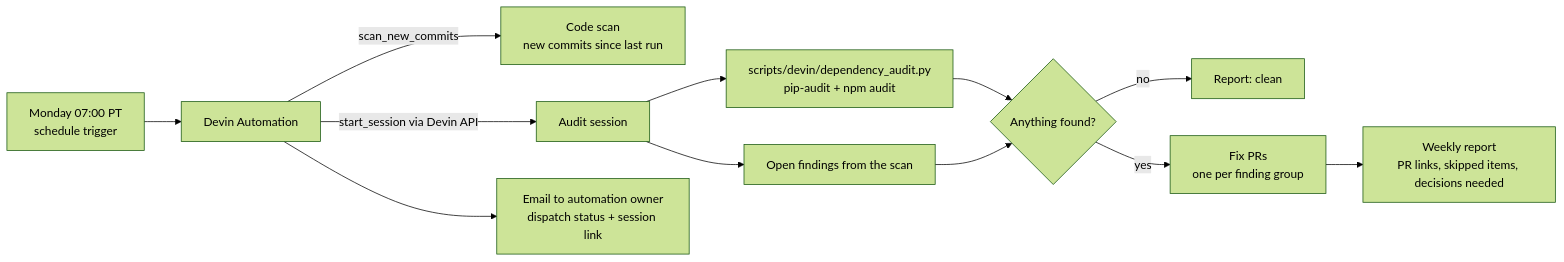
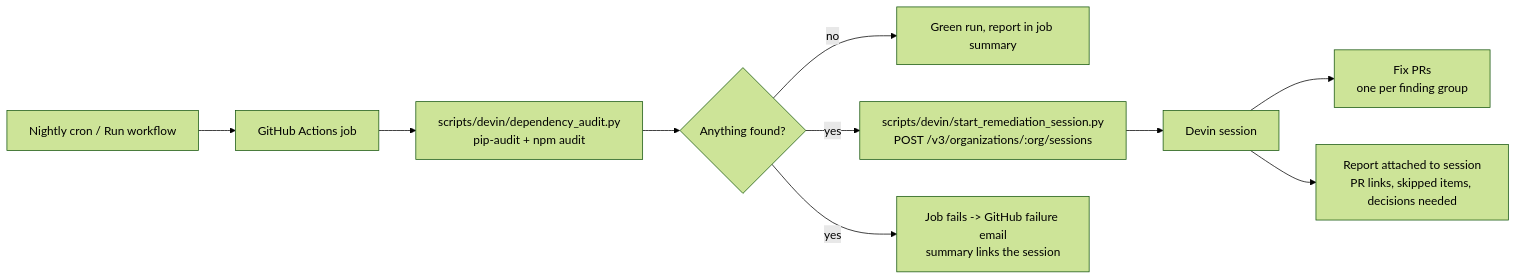
One commit to gracefujinaga/superset changed the diagram in docs/developer_docs/contributing/devin-automation.md. Above: the diagram before and after it, drawn with Mermaid (forest theme). The commit also changed other lines of this file and 4 other files, not shown here.

Commit message:
ci(devin): nightly dependency audit workflow that starts Devin sessions via the v3 API

````diff
--- a/docs/developer_docs/contributing/devin-automation.md
+++ b/docs/developer_docs/contributing/devin-automation.md
@@ -85,13 +85,12 @@
 ```mermaid
 flowchart LR
-    S[Monday 07:00 PT<br/>schedule trigger] --> A[Devin Automation]
-    A -->|scan_new_commits| C[Code scan<br/>new commits since last run]
-    A -->|start_session via Devin API| D[Audit session]
-    D --> E[scripts/devin/dependency_audit.py<br/>pip-audit + npm audit]
-    D --> F[Open findings from the scan]
-    E & F --> G{Anything found?}
-    G -->|no| H[Report: clean]
-    G -->|yes| I[Fix PRs<br/>one per finding group]
-    I --> J[Weekly report<br/>PR links, skipped items, decisions needed]
-    A --> K[Email to automation owner<br/>dispatch status + session link]
+    S[Nightly cron / Run workflow] --> W[GitHub Actions job]
+    W --> E[scripts/devin/dependency_audit.py<br/>pip-audit + npm audit]
+    E --> G{Anything found?}
+    G -->|no| H[Green run, report in job summary]
+    G -->|yes| P[scripts/devin/start_remediation_session.py<br/>POST /v3/organizations/:org/sessions]
+    P --> D[Devin session]
+    D --> I[Fix PRs<br/>one per finding group]
+    D --> J[Report attached to session<br/>PR links, skipped items, decisions needed]
+    G -->|yes| K[Job fails -> GitHub failure email<br/>summary links the session]
 ```
````
